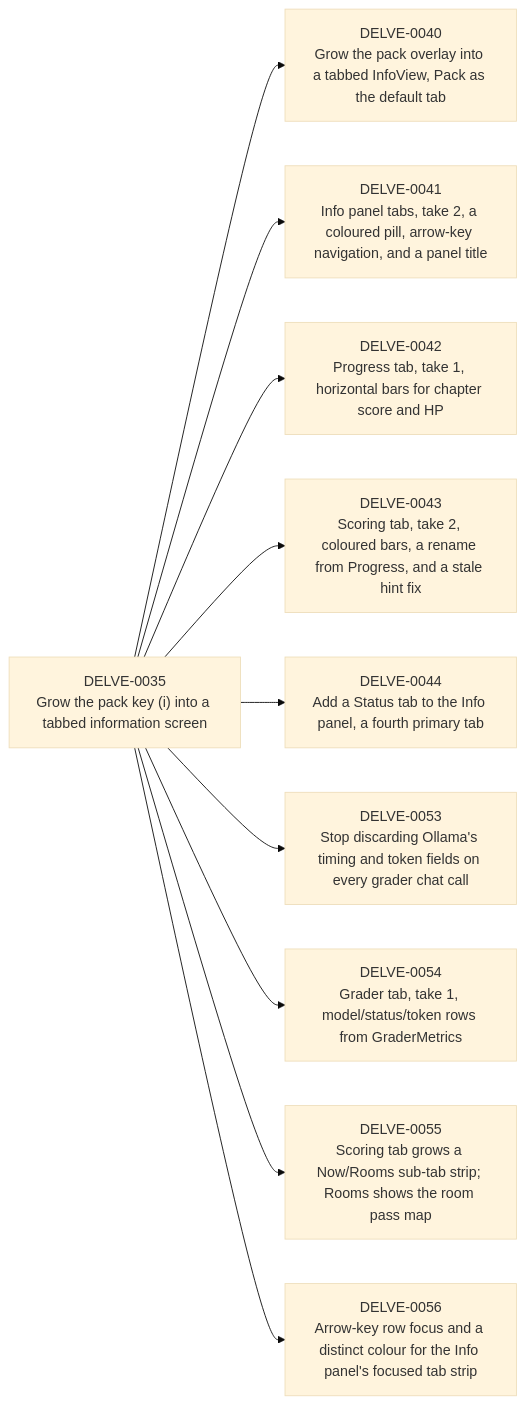
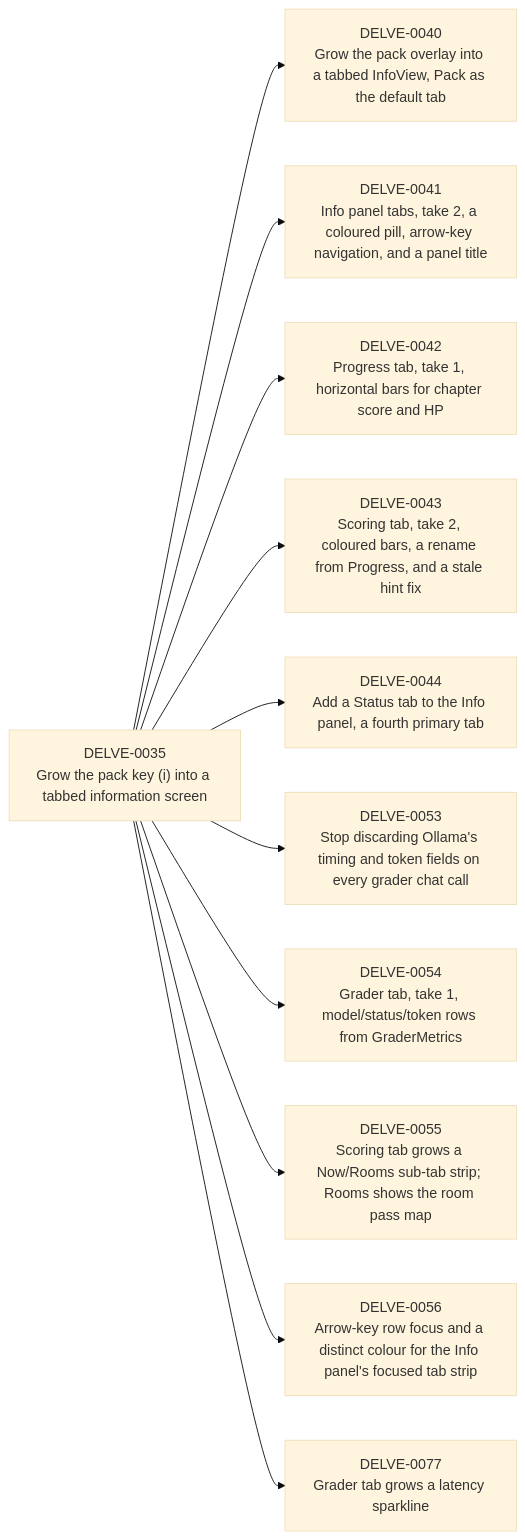
Before and after one commit to mo6/delve: the sixth of 6 diagrams in issues/README.md, drawn with Mermaid (base theme). The commit also changed other lines of this file and 1 other file, not shown here.

First line of the commit message:
DELVE-0077: file and accept grader latency sparkline story

````diff
--- a/issues/README.md
+++ b/issues/README.md
@@ -279,22 +280,24 @@
 ```mermaid
 flowchart LR
     DELVE_0035["DELVE-0035<br/>Grow the pack key (i) into a tabbed information screen"]
     DELVE_0040["DELVE-0040<br/>Grow the pack overlay into a tabbed InfoView, Pack as the default tab"]
     DELVE_0035 --> DELVE_0040
     DELVE_0041["DELVE-0041<br/>Info panel tabs, take 2, a coloured pill, arrow-key navigation, and a panel title"]
     DELVE_0035 --> DELVE_0041
     DELVE_0042["DELVE-0042<br/>Progress tab, take 1, horizontal bars for chapter score and HP"]
     DELVE_0035 --> DELVE_0042
     DELVE_0043["DELVE-0043<br/>Scoring tab, take 2, coloured bars, a rename from Progress, and a stale hint fix"]
     DELVE_0035 --> DELVE_0043
     DELVE_0044["DELVE-0044<br/>Add a Status tab to the Info panel, a fourth primary tab"]
     DELVE_0035 --> DELVE_0044
     DELVE_0053["DELVE-0053<br/>Stop discarding Ollama's timing and token fields on every grader chat call"]
     DELVE_0035 --> DELVE_0053
     DELVE_0054["DELVE-0054<br/>Grader tab, take 1, model/status/token rows from GraderMetrics"]
     DELVE_0035 --> DELVE_0054
     DELVE_0055["DELVE-0055<br/>Scoring tab grows a Now/Rooms sub-tab strip; Rooms shows the room pass map"]
     DELVE_0035 --> DELVE_0055
     DELVE_0056["DELVE-0056<br/>Arrow-key row focus and a distinct colour for the Info panel's focused tab strip"]
     DELVE_0035 --> DELVE_0056
+    DELVE_0077["DELVE-0077<br/>Grader tab grows a latency sparkline"]
+    DELVE_0035 --> DELVE_0077
 ```
````
